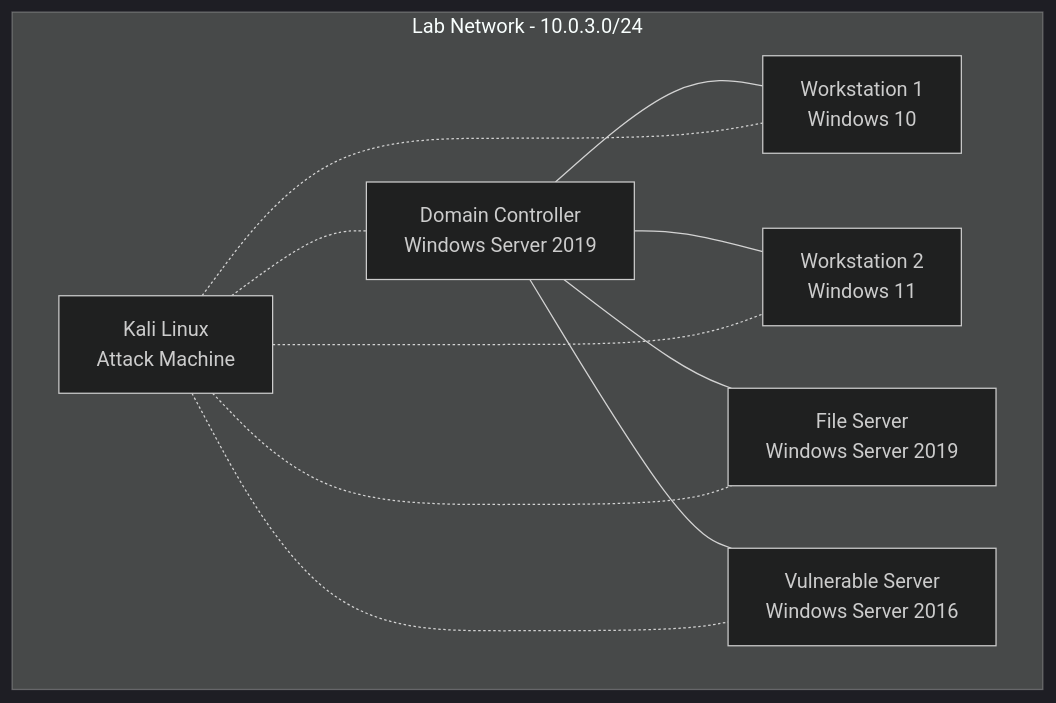
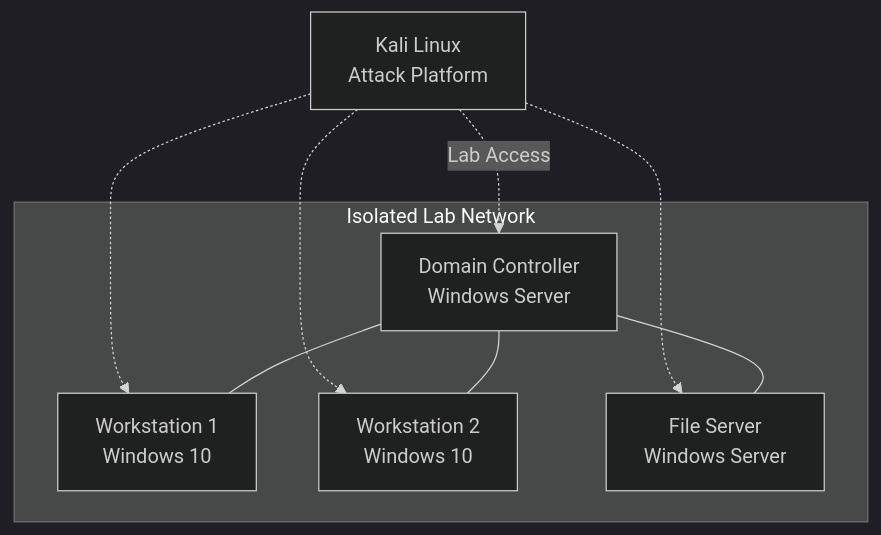
Before and after one commit to mariotorrestech/mariotorrestech.github.io: the diagram in docs/homelab/activedirectory.md, drawn with Mermaid (dark theme). The commit also changed other lines of this file and 6 other files, not shown here.

````diff
--- a/docs/homelab/activedirectory.md
+++ b/docs/homelab/activedirectory.md
@@ -23,21 +19,18 @@
 ```mermaid
 graph TD
-    subgraph Lab Network - 10.0.3.0/24
-        DC[Domain Controller<br>Windows Server 2019]
-        WS1[Workstation 1<br>Windows 10]
-        WS2[Workstation 2<br>Windows 11]
-        SVR[File Server<br>Windows Server 2019]
-        VULN[Vulnerable Server<br>Windows Server 2016]
-        KALI[Kali Linux<br>Attack Machine]
+    subgraph Isolated Lab Network
+        DC[Domain Controller<br/>Windows Server]
+        WS1[Workstation 1<br/>Windows 10]
+        WS2[Workstation 2<br/>Windows 10]
+        SVR[File Server<br/>Windows Server]
     end
-    
+
+    KALI[Kali Linux<br/>Attack Platform] -.->|Lab Access| DC
+    KALI -.-> WS1
+    KALI -.-> WS2
+    KALI -.-> SVR
+
     DC --- WS1
     DC --- WS2
     DC --- SVR
-    DC --- VULN
-    KALI -.- DC
-    KALI -.- WS1
-    KALI -.- WS2
-    KALI -.- SVR
-    KALI -.- VULN
 ```
````
